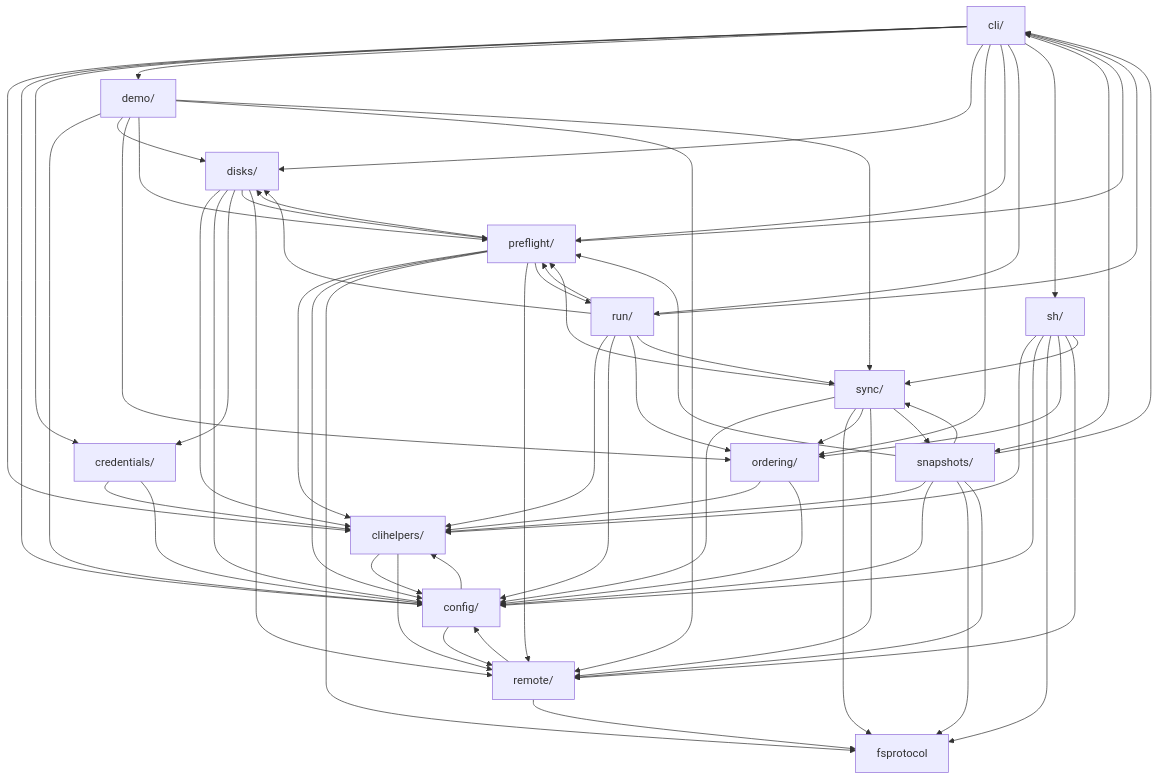
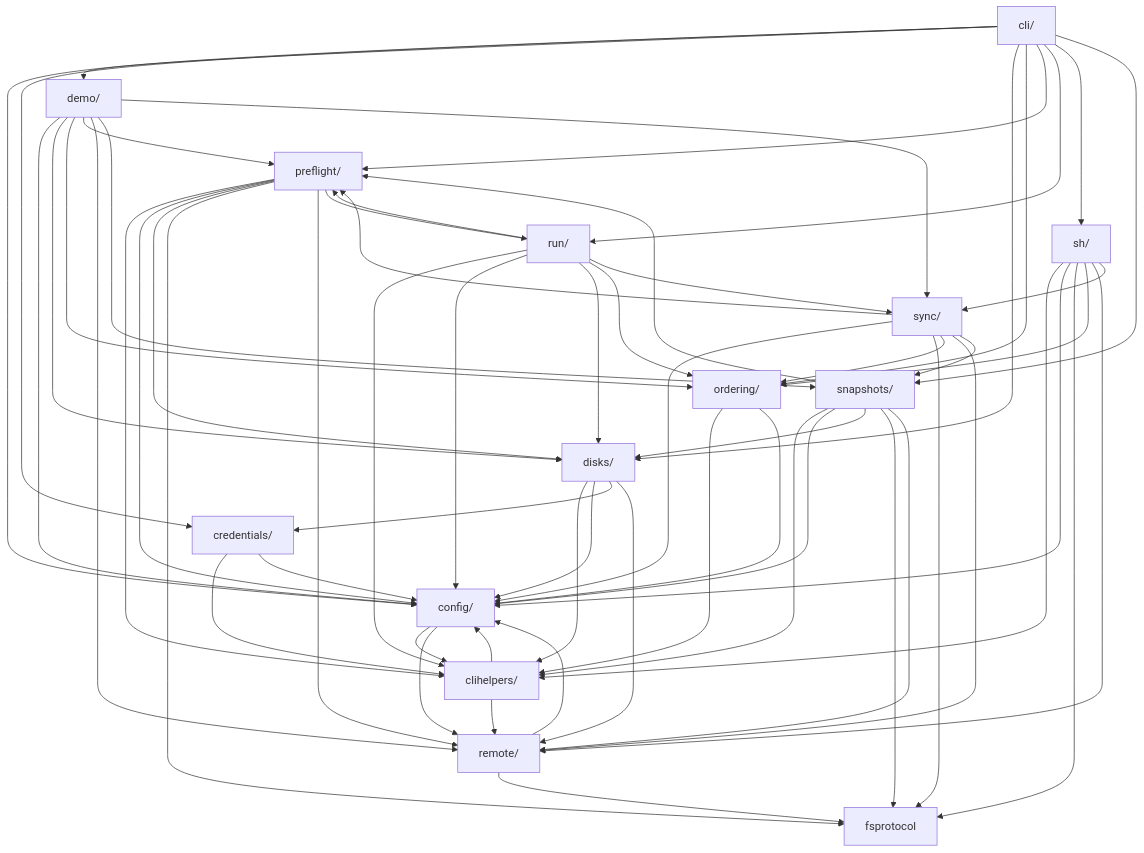
The diagram in docs/architecture.md (iglootools/nbkp), drawn with Mermaid before and after one commit. The commit also changed 10 other files, not shown here.

First line of the commit message:
refactor: move mount probing logic and models from preflight to disks

````diff
--- a/docs/architecture.md
+++ b/docs/architecture.md
@@ -11,82 +11,78 @@
 ```mermaid
 graph TD
     cli["cli/"]
     clihelpers["clihelpers/"]
     config["config/"]
     credentials["credentials/"]
     demo["demo/"]
     disks["disks/"]
     fsprotocol["fsprotocol"]
     ordering["ordering/"]
     preflight["preflight/"]
     remote["remote/"]
     run["run/"]
     sh["sh/"]
     snapshots["snapshots/"]
     sync["sync/"]
 
-    cli --> clihelpers
     cli --> config
     cli --> credentials
     cli --> demo
     cli --> disks
     cli --> ordering
     cli --> preflight
     cli --> run
     cli --> sh
     cli --> snapshots
     clihelpers --> config
     clihelpers --> remote
     config --> clihelpers
     config --> remote
     credentials --> clihelpers
     credentials --> config
     demo --> config
     demo --> disks
     demo --> ordering
     demo --> preflight
     demo --> remote
+    demo --> snapshots
     demo --> sync
     disks --> clihelpers
     disks --> config
     disks --> credentials
-    disks --> preflight
     disks --> remote
     ordering --> clihelpers
     ordering --> config
-    preflight --> cli
     preflight --> clihelpers
     preflight --> config
     preflight --> disks
     preflight --> fsprotocol
     preflight --> remote
     preflight --> run
     remote --> config
     remote --> fsprotocol
-    run --> cli
     run --> clihelpers
     run --> config
     run --> disks
     run --> ordering
     run --> preflight
     run --> sync
     sh --> clihelpers
     sh --> config
     sh --> fsprotocol
     sh --> ordering
     sh --> remote
     sh --> sync
-    snapshots --> cli
     snapshots --> clihelpers
     snapshots --> config
+    snapshots --> disks
     snapshots --> fsprotocol
     snapshots --> preflight
     snapshots --> remote
-    snapshots --> sync
     sync --> config
     sync --> fsprotocol
     sync --> ordering
     sync --> preflight
     sync --> remote
     sync --> snapshots
 ```
````
